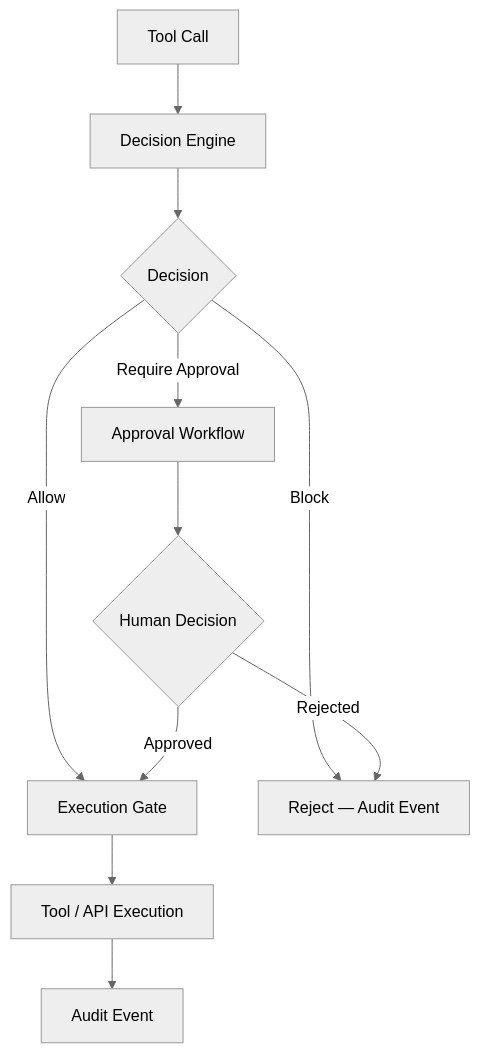
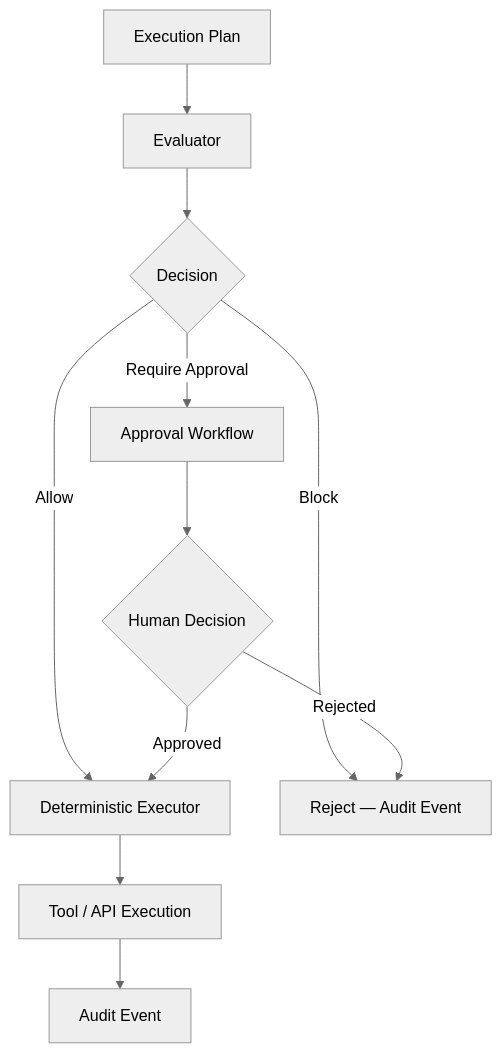
One commit to viplavfauzdar/aisecops-site changed the second of 4 diagrams in src/content/architecture.md. Above: the diagram before and after it, drawn with Mermaid (neutral theme). The commit also changed other lines of this file and 7 other files, not shown here.

````diff
--- a/src/content/architecture.md
+++ b/src/content/architecture.md
@@ -149,21 +188,21 @@
 ```mermaid
 flowchart TD
 
-A[Tool Call]
+A[Execution Plan]
 
-A --> B[Decision Engine]
+A --> B[Evaluator]
 
 B --> C{Decision}
 
-C -->|Allow| D[Execution Gate]
+C -->|Allow| D[Deterministic Executor]
 C -->|Block| E[Reject — Audit Event]
 C -->|Require Approval| F[Approval Workflow]
 
 F --> G{Human Decision}
 
 G -->|Approved| D
 G -->|Rejected| E
 
 D --> H[Tool / API Execution]
 H --> I[Audit Event]
 ```
````
